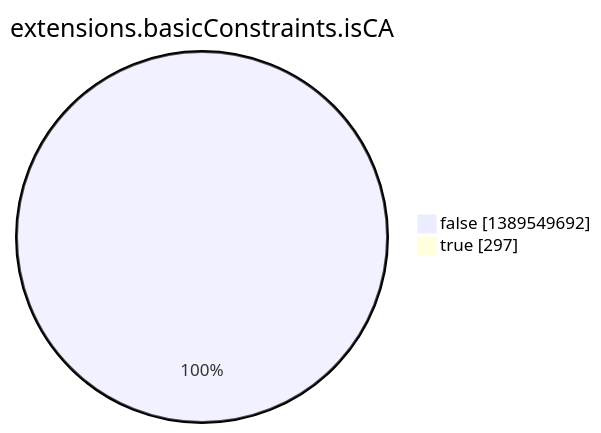
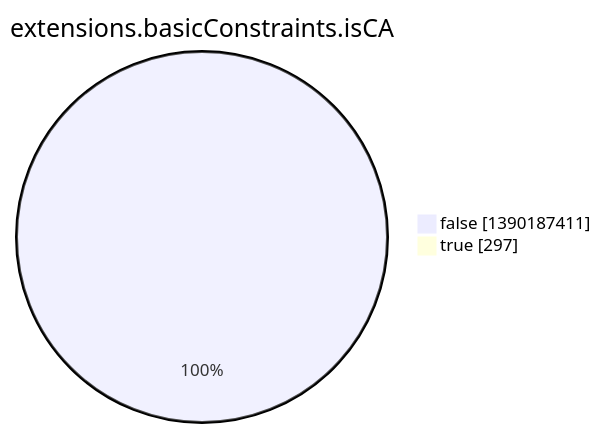
Before and after one commit to christiankrug/ctmonitor_visualization: the eighth of 15 diagrams in argon2022/README.md, drawn with Mermaid. The commit also changed other lines of this file, not shown here.

````diff
--- a/argon2022/README.md
+++ b/argon2022/README.md
@@ -2759,6 +2759,6 @@
 ```mermaid
 pie showData
 title extensions.basicConstraints.isCA
-"false" :1389549692
+"false" :1390187411
 "true" :297
 ```
````
